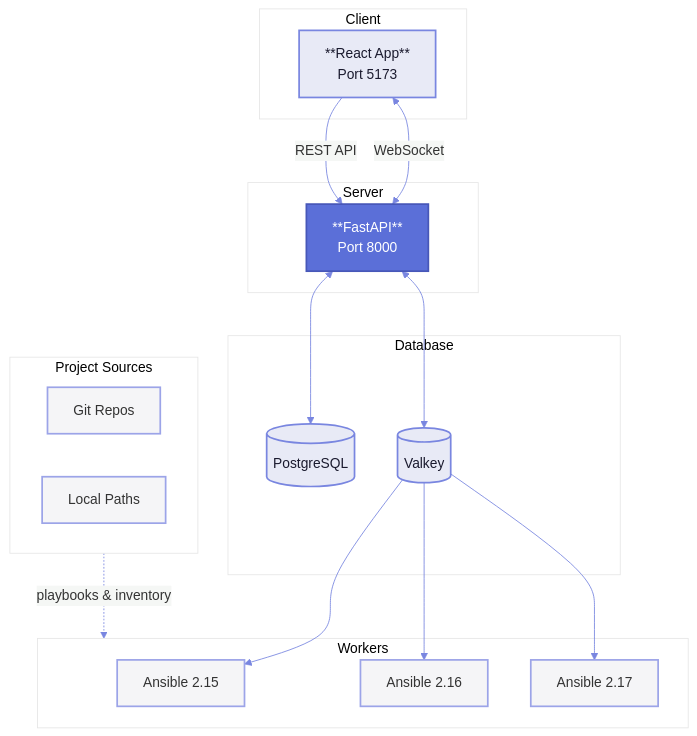
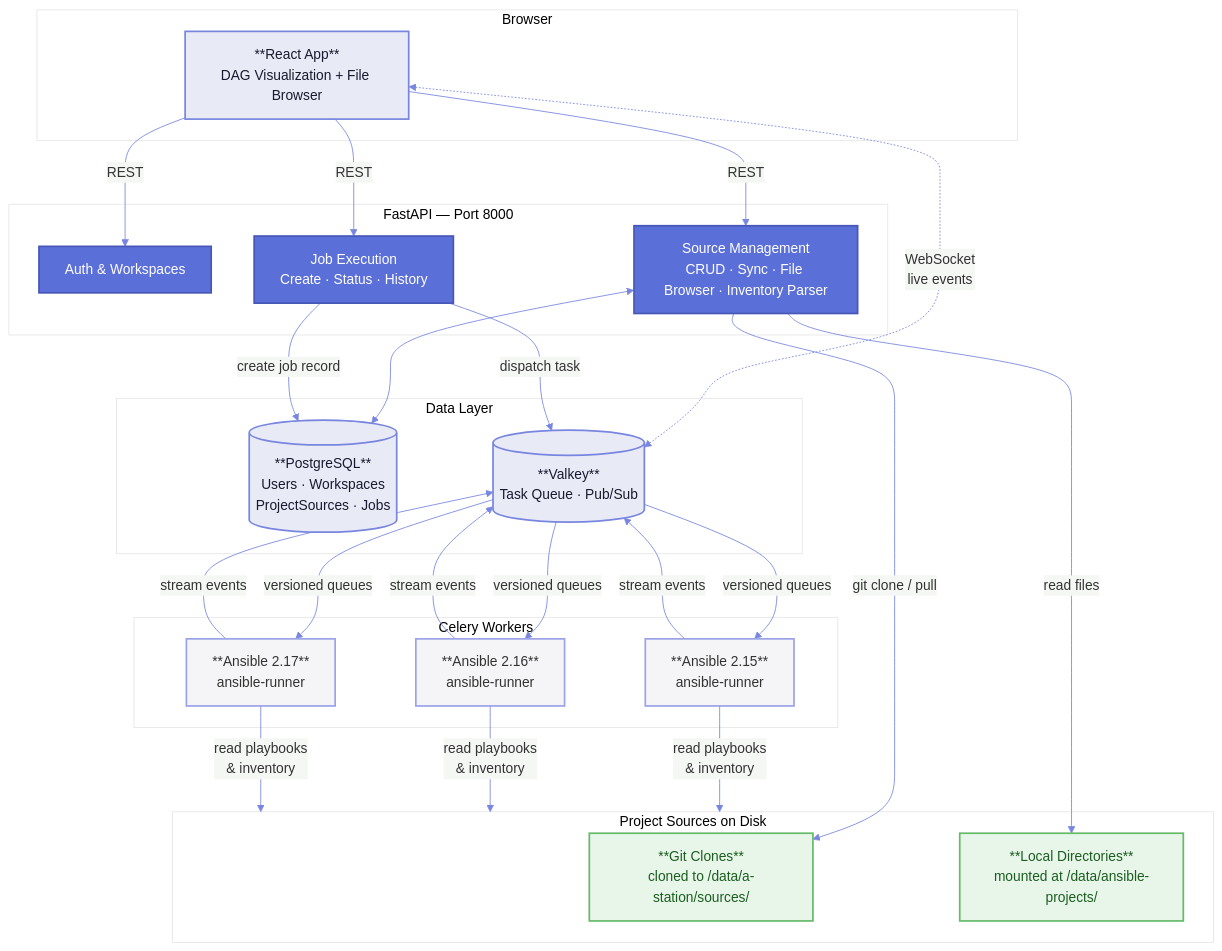
One commit to JamesTTTT/A-station changed the diagram in README.md. Above: the diagram before and after it, drawn with Mermaid.

Commit message:
Update architecture diagram for source-based execution

````diff
--- a/README.md
+++ b/README.md
@@ -9,49 +9,62 @@
 ```mermaid
 %%{init: {
   'theme': 'base',
   'themeVariables': {
     'primaryColor': '#f5f5f7',
     'primaryTextColor': '#333333',
     'primaryBorderColor': '#5b6fd8',
     'lineColor': '#7986e0'
   }
 }}%%
 
 flowchart TB
     classDef primary fill:#5b6fd8,stroke:#4757b8,stroke-width:2px,color:#ffffff
     classDef secondary fill:#e8eaf6,stroke:#7986e0,stroke-width:2px,color:#1a1a2e
     classDef tertiary fill:#f5f5f7,stroke:#9ca4e8,stroke-width:2px,color:#333333
+    classDef source fill:#e8f5e9,stroke:#66bb6a,stroke-width:2px,color:#1b5e20
 
-    subgraph Client
-        Browser["**React App**<br/>Port 5173"]:::secondary
+    subgraph Client["Browser"]
+        React["**React App**<br/>DAG Visualization + File Browser"]:::secondary
     end
 
-    subgraph Server
-        API["**FastAPI**<br/>Port 8000"]:::primary
+    subgraph API_Layer["FastAPI — Port 8000"]
+        Auth["Auth & Workspaces"]:::primary
+        SourceAPI["Source Management<br/>CRUD · Sync · File Browser · Inventory Parser"]:::primary
+        JobAPI["Job Execution<br/>Create · Status · History"]:::primary
     end
 
-    subgraph Database
-        PG[("PostgreSQL")]:::secondary
-        Redis[("Valkey")]:::secondary
+    subgraph Data["Data Layer"]
+        PG[("**PostgreSQL**<br/>Users · Workspaces<br/>ProjectSources · Jobs")]:::secondary
+        Redis[("**Valkey**<br/>Task Queue · Pub/Sub")]:::secondary
     end
 
-    subgraph Workers
-        W1["Ansible 2.15"]:::tertiary
-        W2["Ansible 2.16"]:::tertiary
-        W3["Ansible 2.17"]:::tertiary
+    subgraph Sources["Project Sources on Disk"]
+        GitClone["**Git Clones**<br/>cloned to /data/a-station/sources/"]:::source
+        LocalDir["**Local Directories**<br/>mounted at /data/ansible-projects/"]:::source
     end
 
-    subgraph Sources["Project Sources"]
-        Git["Git Repos"]:::tertiary
-        Local["Local Paths"]:::tertiary
+    subgraph Workers["Celery Workers"]
+        W15["**Ansible 2.15**<br/>ansible-runner"]:::tertiary
+        W16["**Ansible 2.16**<br/>ansible-runner"]:::tertiary
+        W17["**Ansible 2.17**<br/>ansible-runner"]:::tertiary
     end
 
-    Browser -->|REST API| API
-    Browser <-->|WebSocket| API
-    API <--> PG
-    API <--> Redis
-    Redis --> W1
-    Redis --> W2
-    Redis --> W3
-    Sources -.->|playbooks & inventory| Workers
+    React -->|REST| Auth
+    React -->|REST| SourceAPI
+    React -->|REST| JobAPI
+    React <-.->|WebSocket<br/>live events| Redis
+
+    SourceAPI -->|"git clone / pull"| GitClone
+    SourceAPI -->|"read files"| LocalDir
+    SourceAPI <--> PG
+
+    JobAPI -->|"create job record"| PG
+    JobAPI -->|"dispatch task"| Redis
+
+    Redis -->|"versioned queues"| W15
+    Redis -->|"versioned queues"| W16
+    Redis -->|"versioned queues"| W17
+
+    W15 & W16 & W17 -->|"read playbooks<br/>& inventory"| Sources
+    W15 & W16 & W17 -->|"stream events"| Redis
 ```
````
